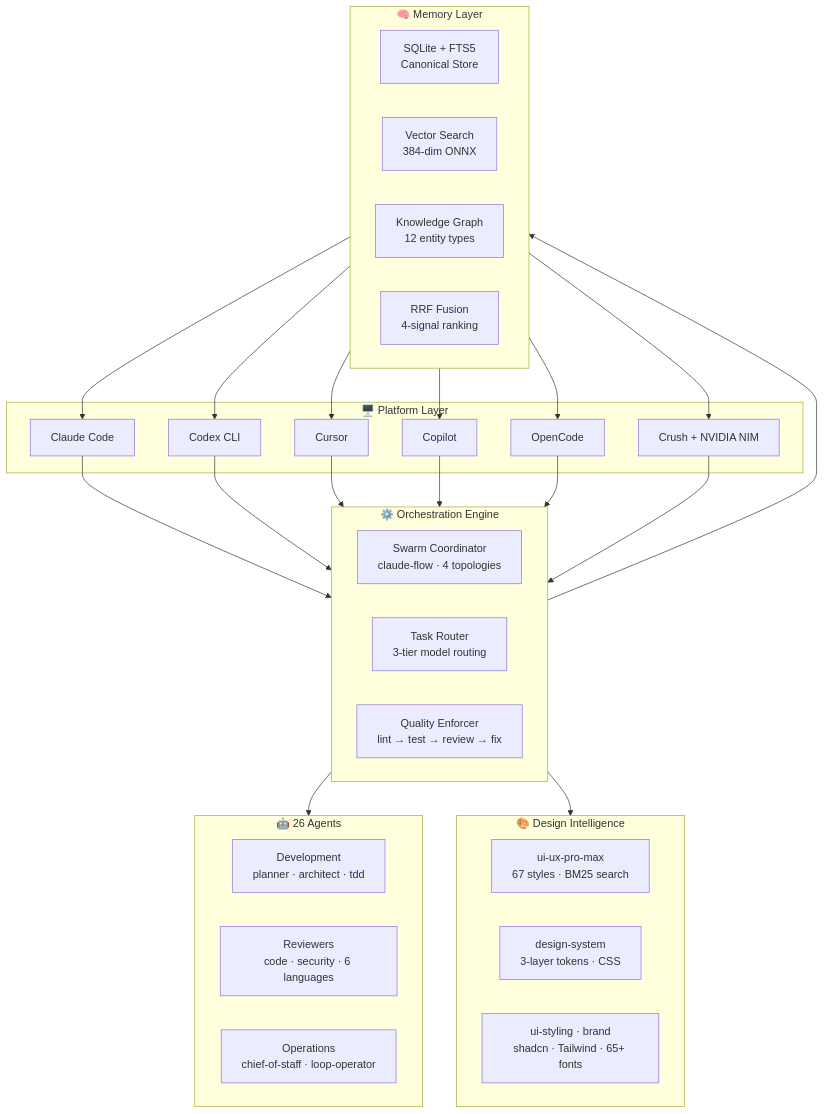
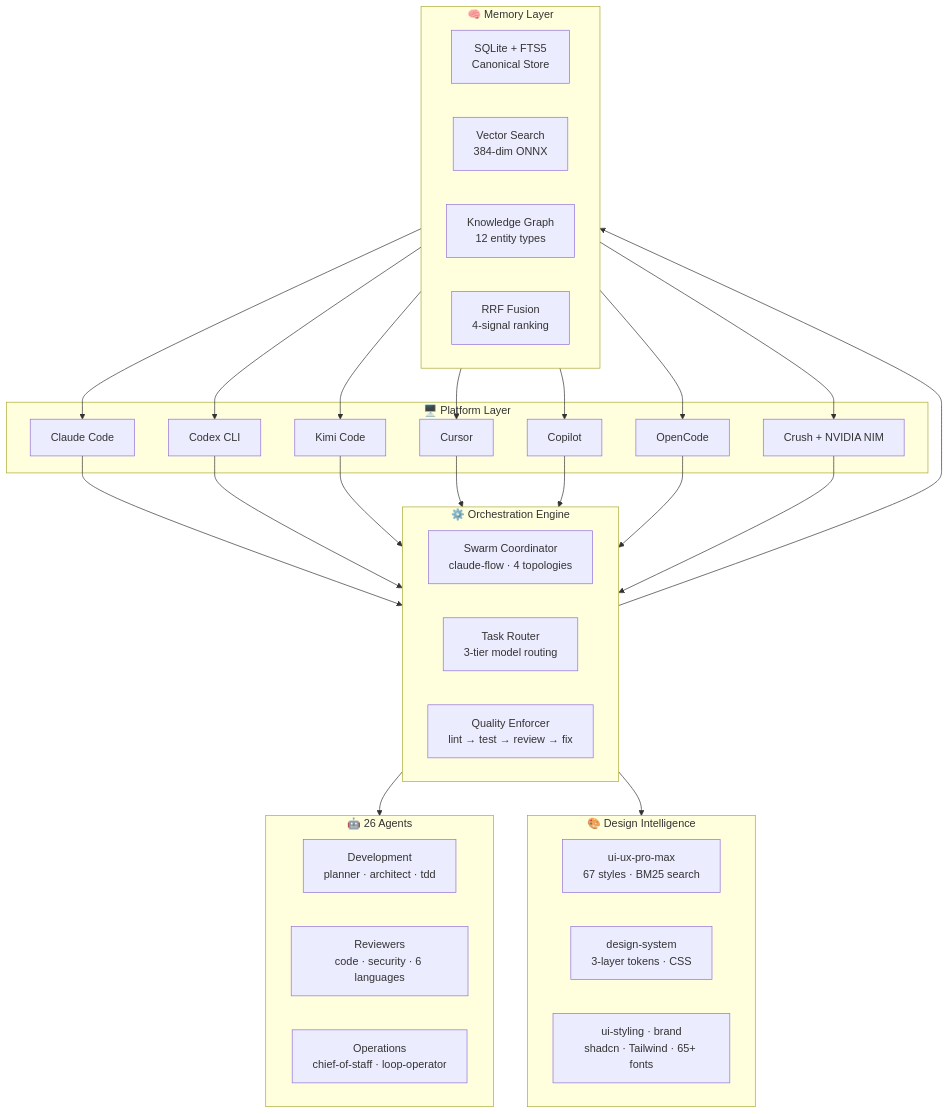
One commit to ORION2809/claude-Fulcrum changed the first of 2 diagrams in README.md. Above: the diagram before and after it, drawn with Mermaid. The commit also changed other lines of this file and 39 other files, not shown here.

Commit message:
feat: add kimi code integration

````diff
--- a/README.md
+++ b/README.md
@@ -157,42 +159,43 @@
 ```mermaid
 graph TB
     subgraph PLATFORMS["🖥️ Platform Layer"]
         CC[Claude Code]
         CX[Codex CLI]
+        KC[Kimi Code]
         CU[Cursor]
         CP[Copilot]
         OC[OpenCode]
         CR[Crush + NVIDIA NIM]
     end
 
     subgraph ENGINE["⚙️ Orchestration Engine"]
         SW["Swarm Coordinator<br/>claude-flow · 4 topologies"]
         TR["Task Router<br/>3-tier model routing"]
         QE["Quality Enforcer<br/>lint → test → review → fix"]
     end
 
     subgraph MEMORY["🧠 Memory Layer"]
         SQ["SQLite + FTS5<br/>Canonical Store"]
         VS["Vector Search<br/>384-dim ONNX"]
         KG["Knowledge Graph<br/>12 entity types"]
         RRF["RRF Fusion<br/>4-signal ranking"]
     end
 
     subgraph AGENTS["🤖 26 Agents"]
         DEV["Development<br/>planner · architect · tdd"]
         REV["Reviewers<br/>code · security · 6 languages"]
         OPS["Operations<br/>chief-of-staff · loop-operator"]
     end
 
     subgraph DESIGN["🎨 Design Intelligence"]
         UX["ui-ux-pro-max<br/>67 styles · BM25 search"]
         DS["design-system<br/>3-layer tokens · CSS"]
         UI["ui-styling · brand<br/>shadcn · Tailwind · 65+ fonts"]
     end
 
-    CC & CX & CU & CP & OC & CR --> ENGINE
+    CC & CX & KC & CU & CP & OC & CR --> ENGINE
     ENGINE --> MEMORY
     ENGINE --> AGENTS
     ENGINE --> DESIGN
-    MEMORY --> CC & CX & CU & CP & OC & CR
+    MEMORY --> CC & CX & KC & CU & CP & OC & CR
 ```
````
